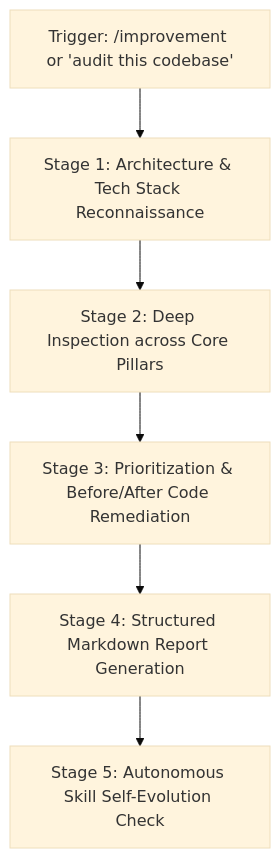
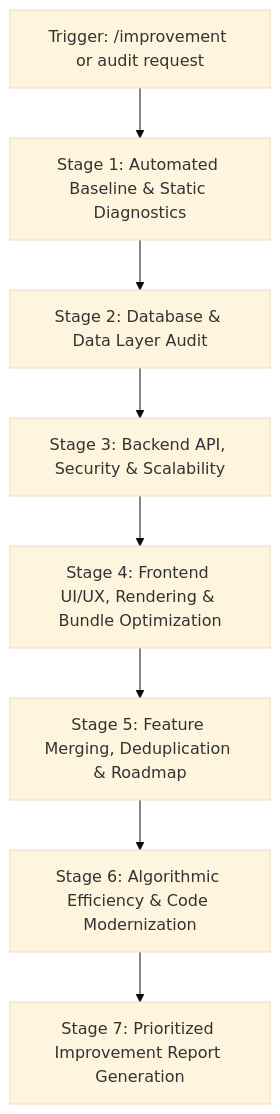
Before and after one commit to RajatSharma404/DSA-Tracker: the diagram in .agents/skills/improvement/SKILL.md, drawn with Mermaid (base theme). The commit also changed other lines of this file, not shown here.

Commit message:
feat(skills): add full-stack improvement runbook with 7-stage audit protocol

````diff
--- a/.agents/skills/improvement/SKILL.md
+++ b/.agents/skills/improvement/SKILL.md
@@ -16,8 +19,10 @@
 ```mermaid
 graph TD
-  A["Trigger: /improvement or 'audit this codebase'"] --> B["Stage 1: Architecture & Tech Stack Reconnaissance"]
-  B --> C["Stage 2: Deep Inspection across Core Pillars"]
-  C --> D["Stage 3: Prioritization & Before/After Code Remediation"]
-  D --> E["Stage 4: Structured Markdown Report Generation"]
-  E --> F["Stage 5: Autonomous Skill Self-Evolution Check"]
+  A["Trigger: /improvement or audit request"] --> B["Stage 1: Automated Baseline & Static Diagnostics"]
+  B --> C["Stage 2: Database & Data Layer Audit"]
+  C --> D["Stage 3: Backend API, Security & Scalability"]
+  D --> E["Stage 4: Frontend UI/UX, Rendering & Bundle Optimization"]
+  E --> F["Stage 5: Feature Merging, Deduplication & Roadmap"]
+  F --> G["Stage 6: Algorithmic Efficiency & Code Modernization"]
+  G --> H["Stage 7: Prioritized Improvement Report Generation"]
 ```
````
